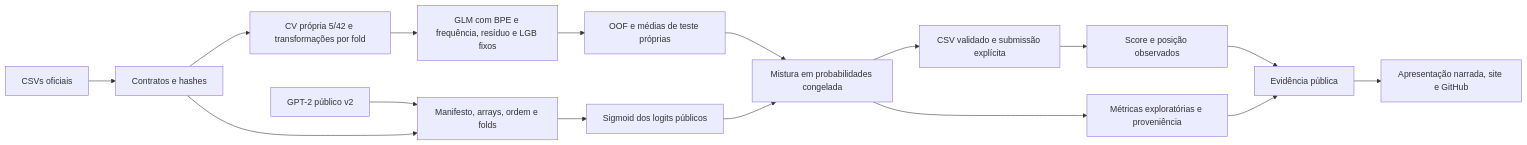
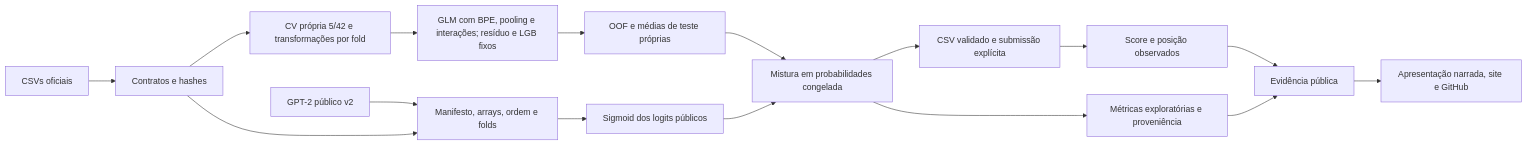
Before and after one commit to aikolopes-DS/fraudlab: the diagram in docs/design.md, drawn with Mermaid. The commit also changed other lines of this file and 19 other files, not shown here.

````diff
--- a/docs/design.md
+++ b/docs/design.md
@@ -27,18 +27,18 @@
 ```mermaid
 flowchart LR
     A[CSVs oficiais] --> B[Contratos e hashes]
     B --> C[CV própria 5/42 e transformações por fold]
-    C --> D[GLM com BPE e frequência, resíduo e LGB fixos]
+    C --> D[GLM com BPE, pooling e interações; resíduo e LGB fixos]
     D --> E[OOF e médias de teste próprias]
     F[GPT-2 público v2] --> G[Manifesto, arrays, ordem e folds]
     B --> G
     G --> H[Sigmoid dos logits públicos]
     E --> I[Mistura em probabilidades congelada]
     H --> I
     I --> J[CSV validado e submissão explícita]
     J --> K[Score e posição observados]
     I --> L[Métricas exploratórias e proveniência]
     K --> M[Evidência pública]
     L --> M
     M --> N[Apresentação narrada, site e GitHub]
 ```
````
